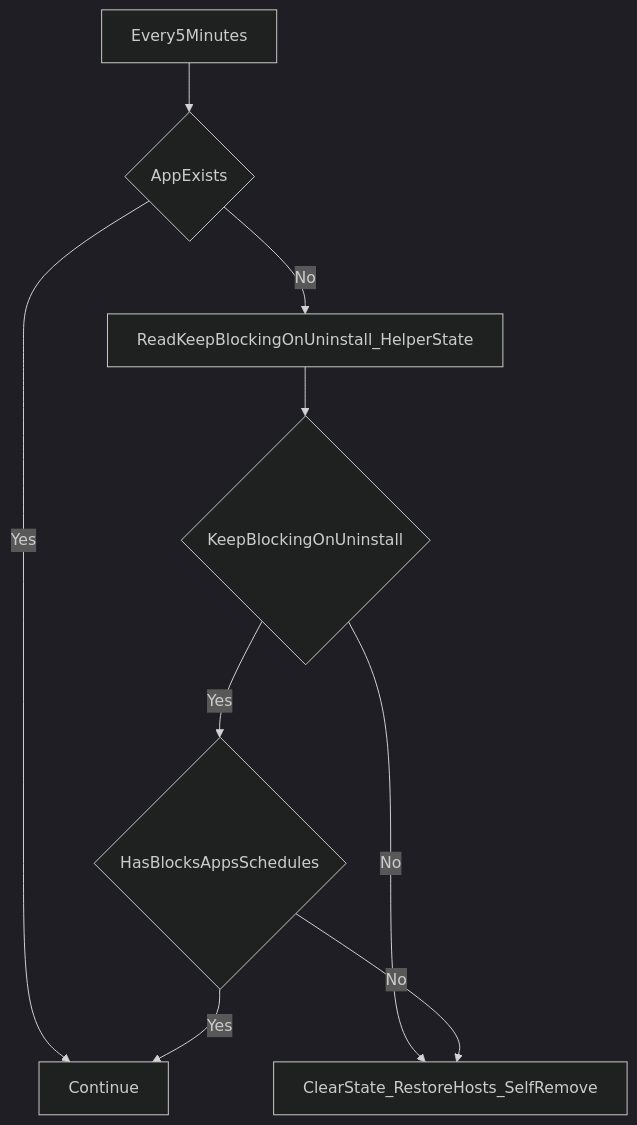
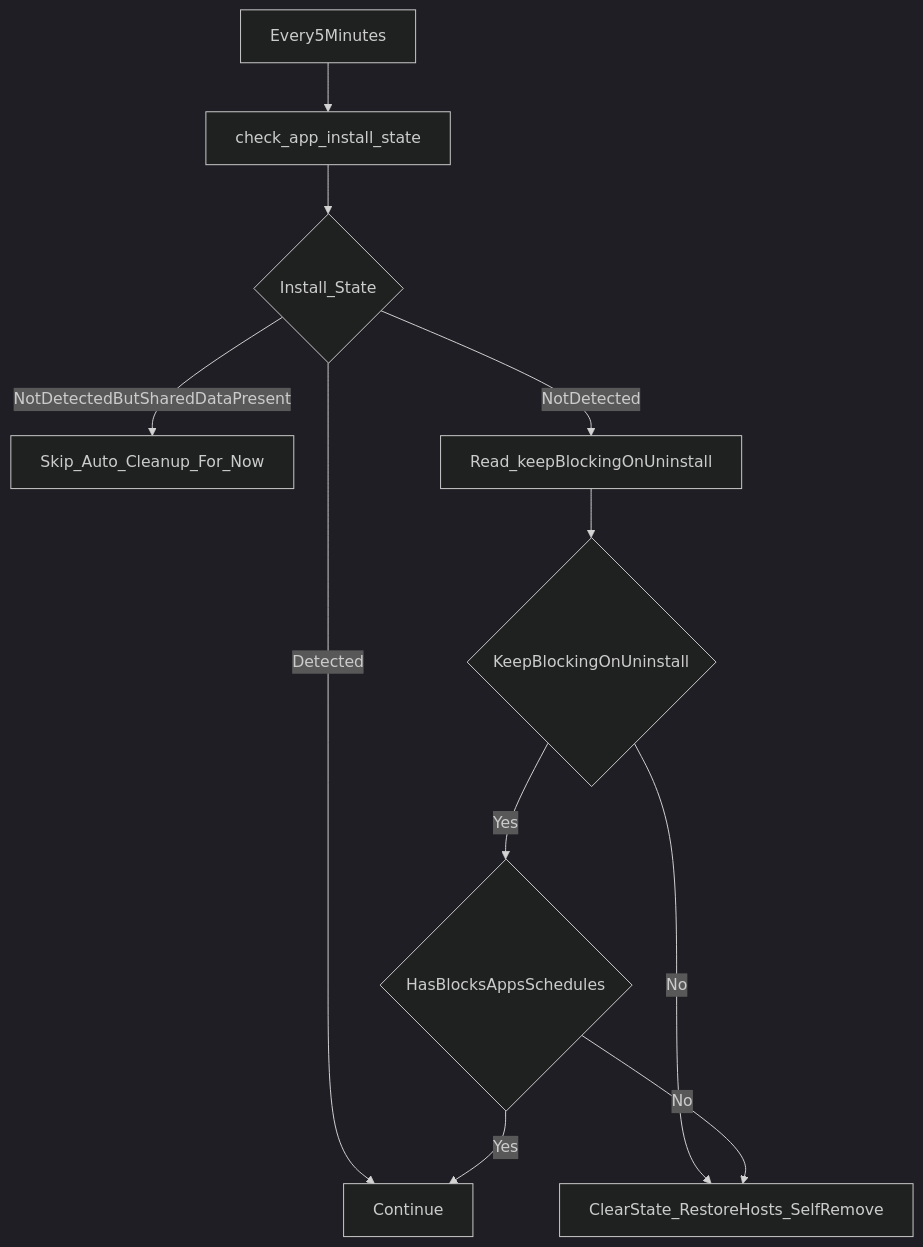
One commit to kasnder/redd-block changed diagram 12 of 13 in architecture.md. Above: the diagram before and after it, drawn with Mermaid (dark theme). The commit also changed other lines of this file, not shown here.

````diff
--- a/architecture.md
+++ b/architecture.md
@@ -594,11 +738,13 @@
 ```mermaid
 flowchart TD
-    checkLoop[Every5Minutes] --> appExists{AppExists}
-    appExists -->|Yes| continueRun[Continue]
-    appExists -->|No| readPref[ReadKeepBlockingOnUninstall_HelperState]
+    checkLoop[Every5Minutes] --> appState[check_app_install_state]
+    appState --> detected{Install_State}
+    detected -->|Detected| continueRun[Continue]
+    detected -->|NotDetectedButSharedDataPresent| skipCleanup[Skip_Auto_Cleanup_For_Now]
+    detected -->|NotDetected| readPref[Read_keepBlockingOnUninstall]
     readPref --> keepOn{KeepBlockingOnUninstall}
     keepOn -->|No| cleanup[ClearState_RestoreHosts_SelfRemove]
     keepOn -->|Yes| hasRules{HasBlocksAppsSchedules}
     hasRules -->|Yes| continueRun
     hasRules -->|No| cleanup
 ```
````
